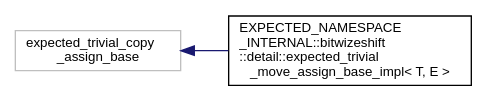
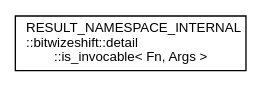
One commit to bitwizeshift/result changed the diagram in api/latest/inherit_graph_8.dot. Above: the diagram before and after it, drawn with Graphviz. The commit also changed 431 other files, not shown here.

```diff
--- a/api/latest/inherit_graph_8.dot
+++ b/api/latest/inherit_graph_8.dot
@@ -1,9 +1,7 @@
 digraph "Graphical Class Hierarchy"
 {
   edge [fontname="Helvetica",fontsize="10",labelfontname="Helvetica",labelfontsize="10"];
   node [fontname="Helvetica",fontsize="10",shape=record];
   rankdir="LR";
-  Node30 [label="expected_trivial_copy\l_assign_base",height=0.2,width=0.4,color="grey75", fillcolor="white", style="filled"];
-  Node30 -> Node0 [dir="back",color="midnightblue",fontsize="10",style="solid",fontname="Helvetica"];
-  Node0 [label="EXPECTED_NAMESPACE\l_INTERNAL::bitwizeshift\l::detail::expected_trivial\l_move_assign_base_impl\< T, E \>",height=0.2,width=0.4,color="black", fillcolor="white", style="filled",URL="$dc/d8b/struct_e_x_p_e_c_t_e_d___n_a_m_e_s_p_a_c_e___i_n_t_e_r_n_a_l_1_1bitwizeshift_1_1detail_1_1expect4df4867d5778e3bf3cc0fb4f5d48e4a7.html"];
+  Node0 [label="RESULT_NAMESPACE_INTERNAL\l::bitwizeshift::detail\l::is_invocable\< Fn, Args \>",height=0.2,width=0.4,color="black", fillcolor="white", style="filled",URL="$d9/de0/struct_r_e_s_u_l_t___n_a_m_e_s_p_a_c_e___i_n_t_e_r_n_a_l_1_1bitwizeshift_1_1detail_1_1is__invocable.html"];
 }
```
